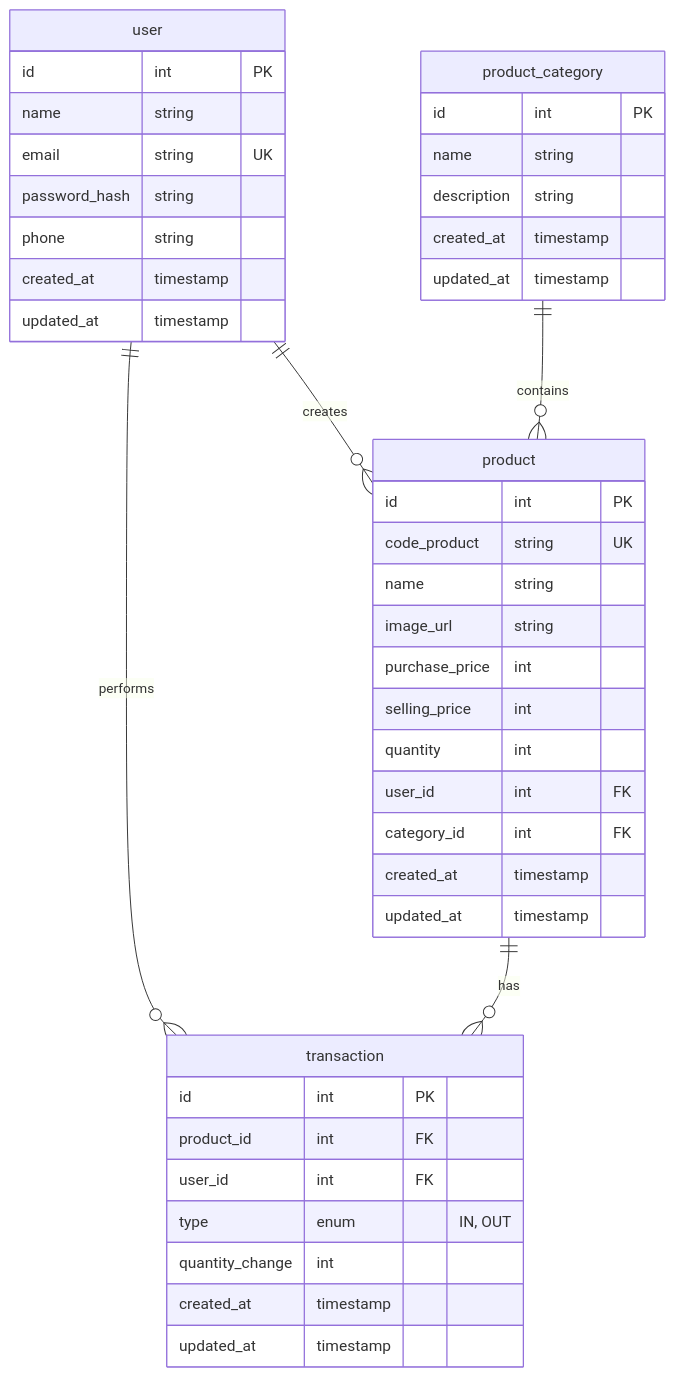
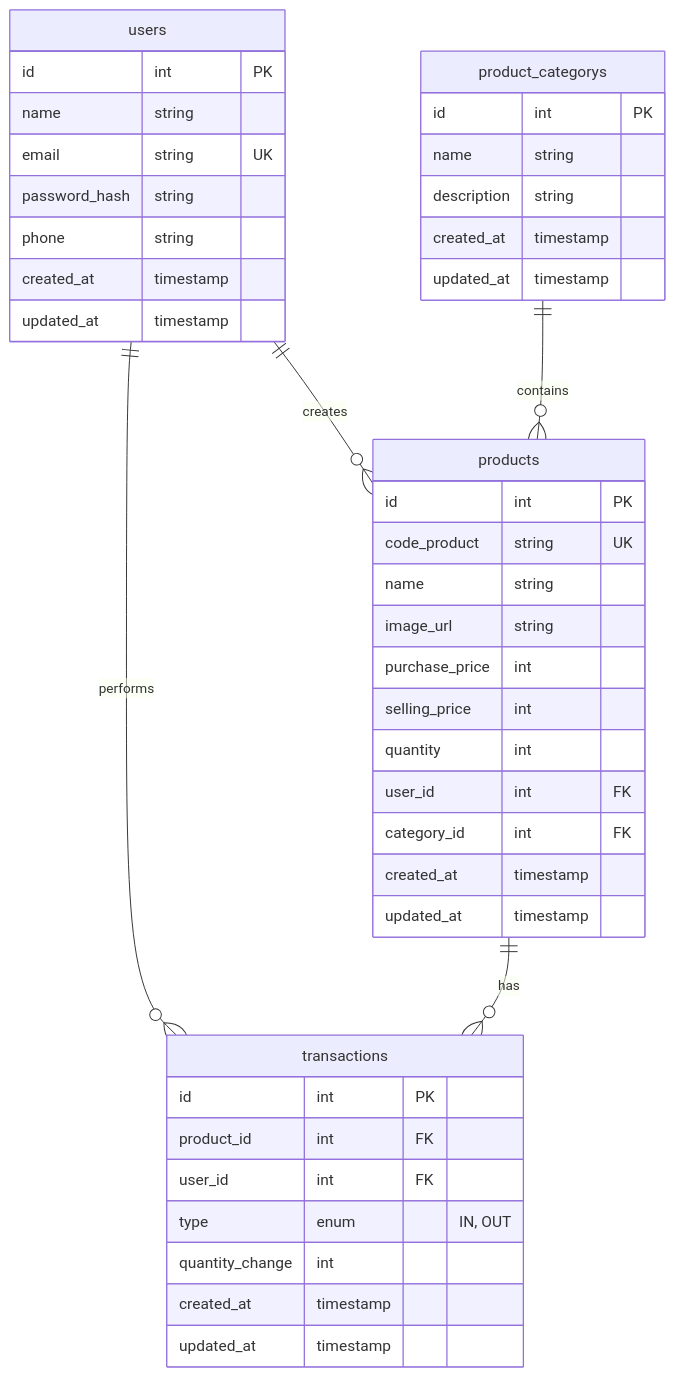
Before and after one commit to VsalCode/fgo24-final-phase-3: the second of 2 diagrams in README.md, drawn with Mermaid.

Commit message:
fix: ERD naming tables

````diff
--- a/README.md
+++ b/README.md
@@ -28,49 +28,49 @@
 ```mermaid
 erDiagram
-    user {
+    users {
         id int PK
         name string
         email string UK
         password_hash string
         phone string
         created_at timestamp
         updated_at timestamp
     }
 
-    product_category {
+    product_categorys {
         id int PK
         name string
         description string
         created_at timestamp
         updated_at timestamp
     }
 
-    product {
+    products {
         id int PK
         code_product string UK
         name string
         image_url string
         purchase_price int
         selling_price int
         quantity int
         user_id int FK
         category_id int FK
         created_at timestamp
         updated_at timestamp
     }
 
-    transaction {
+    transactions {
         id int PK
         product_id int FK
         user_id int FK
         type enum "IN, OUT"
         quantity_change int
         created_at timestamp
         updated_at timestamp
     }
 
-    user ||--o{ product : "creates"
-    product_category ||--o{ product : "contains"
-    user ||--o{ transaction : "performs"
-    product ||--o{ transaction : "has"
+    users ||--o{ products : "creates"
+    product_categorys ||--o{ products : "contains"
+    users ||--o{ transactions : "performs"
+    products ||--o{ transactions : "has"
 ```
````
